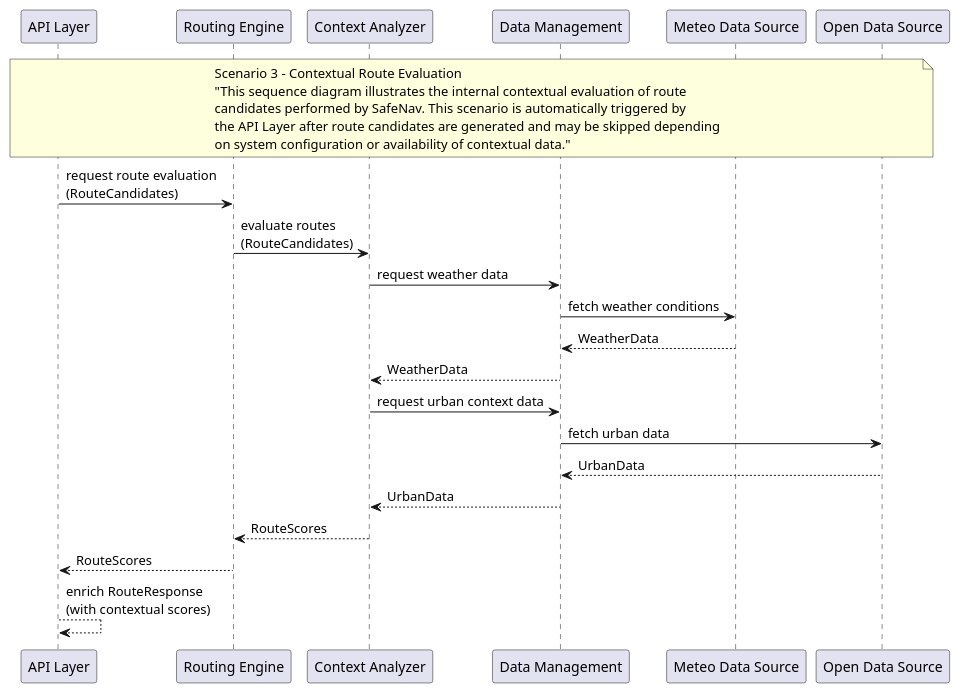
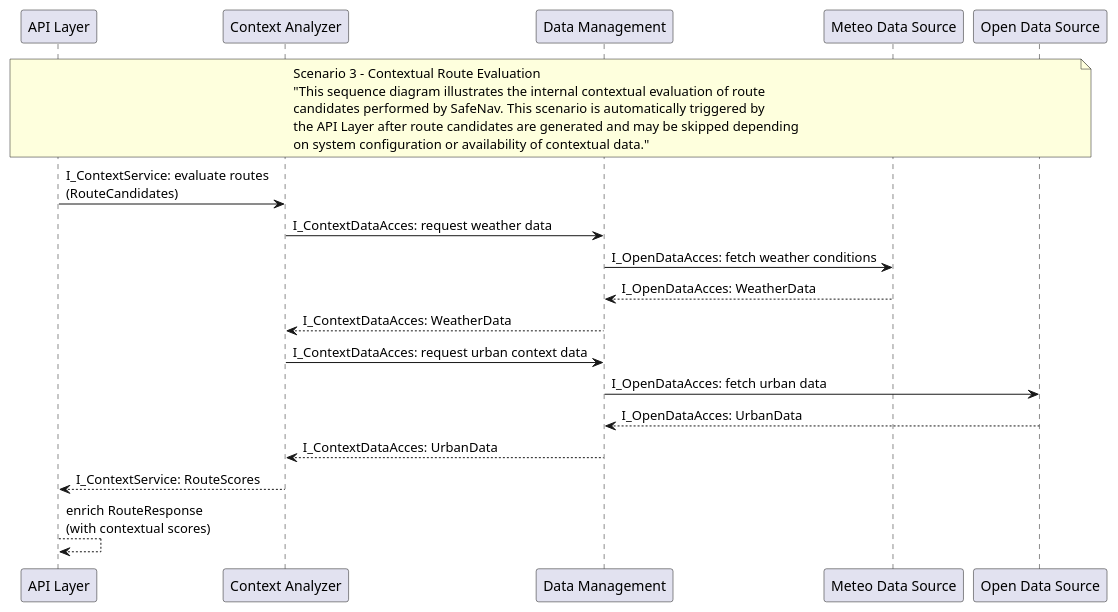
One commit to RodrigoIglesia/SafeNav changed the diagram in docs/uml/system/logical_scenario3_contextual_route_evaluation.puml. Above: the diagram before and after it, drawn with PlantUML. The commit also changed 9 other files, not shown here.

```diff
--- a/docs/uml/system/logical_scenario3_contextual_route_evaluation.puml
+++ b/docs/uml/system/logical_scenario3_contextual_route_evaluation.puml
@@ -1,36 +1,31 @@
 @startuml
 note across
 Scenario 3 – Contextual Route Evaluation
 "This sequence diagram illustrates the internal contextual evaluation of route
 candidates performed by SafeNav. This scenario is automatically triggered by
 the API Layer after route candidates are generated and may be skipped depending
 on system configuration or availability of contextual data."
 end note
 
 participant "API Layer" as API
-participant "Routing Engine" as RE
 participant "Context Analyzer" as CA
 participant "Data Management" as DM
 participant "Meteo Data Source" as Meteo
 participant "Open Data Source" as OpenData
 
-API -> RE : request route evaluation\n(RouteCandidates)
+API -> CA : I_ContextService: evaluate routes\n(RouteCandidates)
 
-RE -> CA : evaluate routes\n(RouteCandidates)
+CA -> DM : I_ContextDataAcces: request weather data
+DM -> Meteo : I_OpenDataAcces: fetch weather conditions
+Meteo --> DM : I_OpenDataAcces: WeatherData
+DM --> CA : I_ContextDataAcces: WeatherData
 
-CA -> DM : request weather data
-DM -> Meteo : fetch weather conditions
-Meteo --> DM : WeatherData
-DM --> CA : WeatherData
+CA -> DM : I_ContextDataAcces: request urban context data
+DM -> OpenData : I_OpenDataAcces: fetch urban data
+OpenData --> DM : I_OpenDataAcces: UrbanData
+DM --> CA : I_ContextDataAcces: UrbanData
 
-CA -> DM : request urban context data
-DM -> OpenData : fetch urban data
-OpenData --> DM : UrbanData
-DM --> CA : UrbanData
-
-CA --> RE : RouteScores
-
-RE --> API : RouteScores
+CA --> API : I_ContextService: RouteScores
 
 API --> API : enrich RouteResponse\n(with contextual scores)
 @enduml
```
